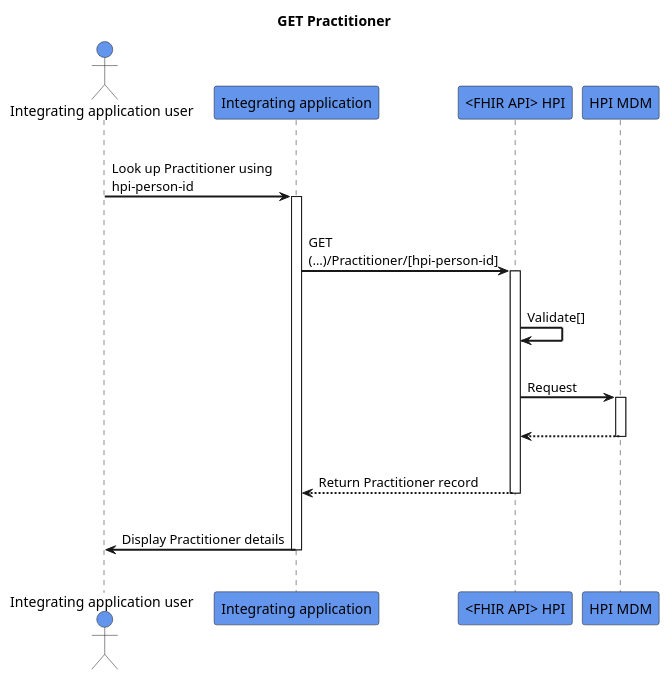
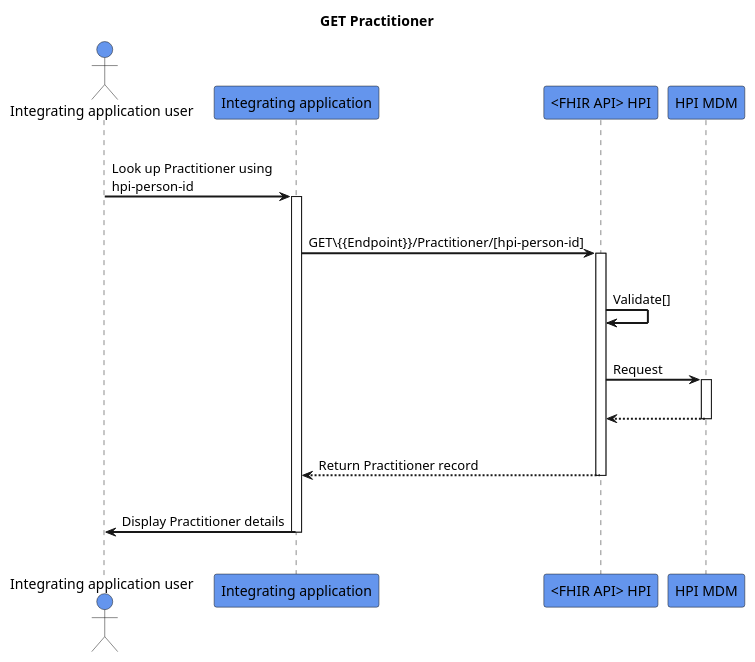
The diagram in input/images-source/get-practitioner.plantuml (HL7NZ/hpi), drawn with PlantUML before and after one commit.

```diff
--- a/input/images-source/get-practitioner.plantuml
+++ b/input/images-source/get-practitioner.plantuml
@@ -1,33 +1,32 @@
 @startuml
 skinparam sequenceArrowThickness 2
 skinparam roundcorner 5
 skinparam maxmessagesize 180
 skinparam sequenceParticipant bold
 title GET Practitioner
 actor "Integrating application user" as User #CornflowerBlue
 participant "Integrating application" as A #CornflowerBlue
 participant "<FHIR API> HPI" as B #CornflowerBlue
 participant "HPI MDM" as C #CornflowerBlue
 |||
 User -> A: Look up Practitioner using hpi-person-id
 activate A
 |||
-A -> B: GET (…)/Practitioner/[hpi-person-id]
+A -> B: GET\{{Endpoint}}/Practitioner/[hpi-person-id]
 activate B
 |||
 B -> B: Validate[]
 |||
 B -> C: Request
 activate C
 |||
-
 C -[dashed]-> B:  
 deactivate C
 |||
 B -[dashed]-> A:Return Practitioner record
 deactivate B
 |||
 A -> User: Display Practitioner details
 deactivate A
 |||
 @enduml
```
